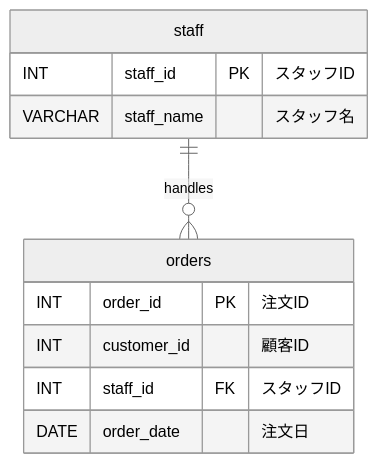
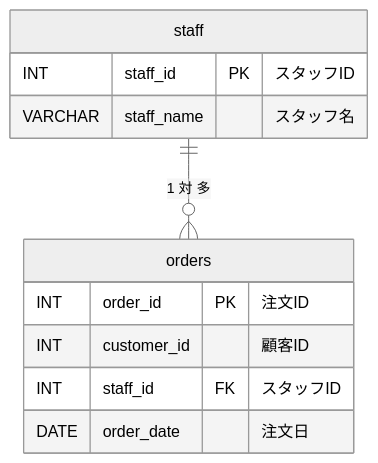
Before and after one commit to tanaka-yui/learning: the third of 5 diagrams in 05_database/01/docs/normalization.md, drawn with Mermaid (neutral theme). The commit also changed other lines of this file, not shown here.

Commit message:
docs(database): add cardinality labels to ER diagrams in normalization.md

````diff
--- a/05_database/01/docs/normalization.md
+++ b/05_database/01/docs/normalization.md
@@ -295,15 +295,15 @@
 ```mermaid
 erDiagram
-    staff ||--o{ orders : "handles"
+    staff ||--o{ orders : "1 対 多"
 
     staff {
         INT staff_id PK "スタッフID"
         VARCHAR staff_name "スタッフ名"
     }
     orders {
         INT order_id PK "注文ID"
         INT customer_id "顧客ID"
         INT staff_id FK "スタッフID"
         DATE order_date "注文日"
     }
 ```
````
